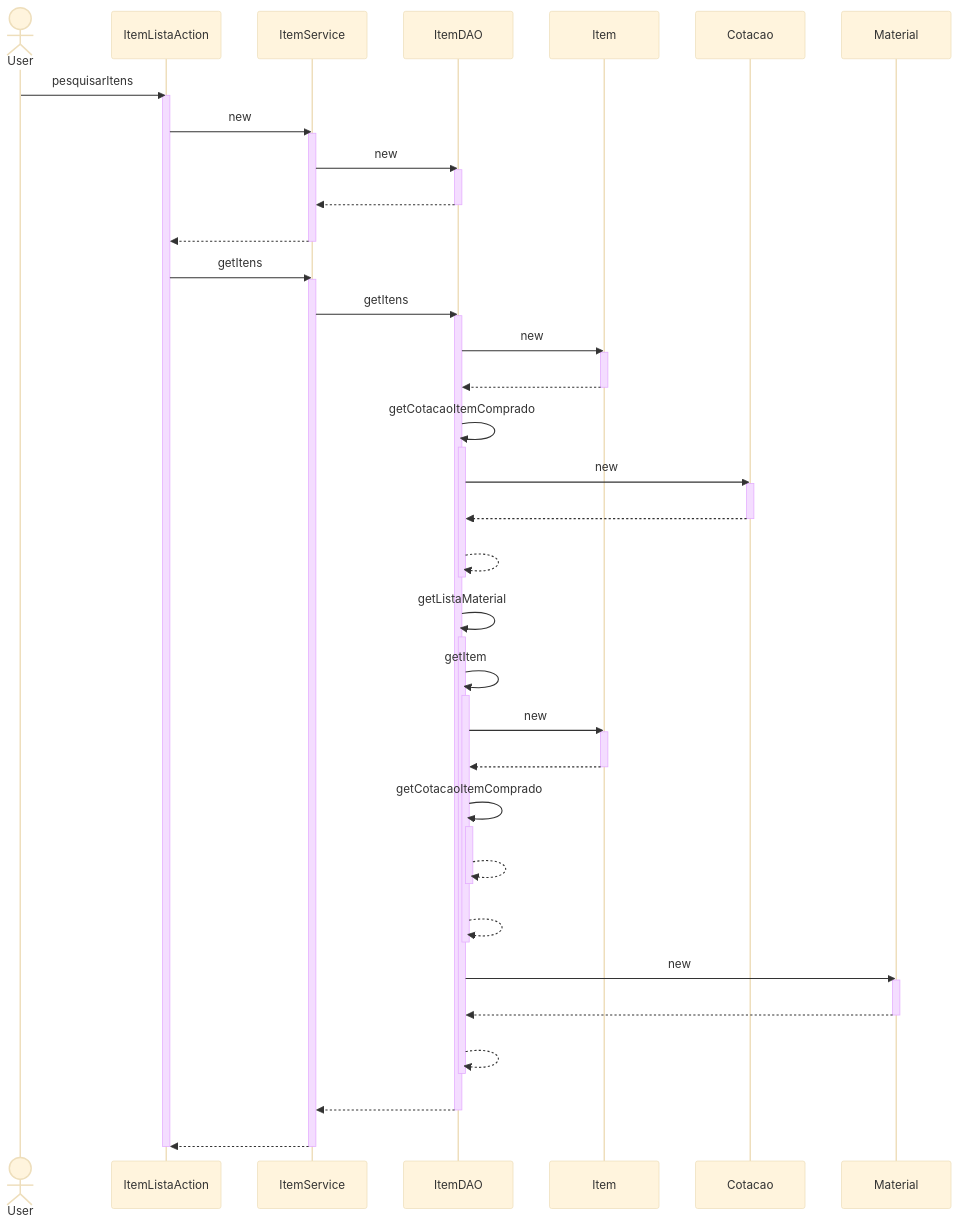
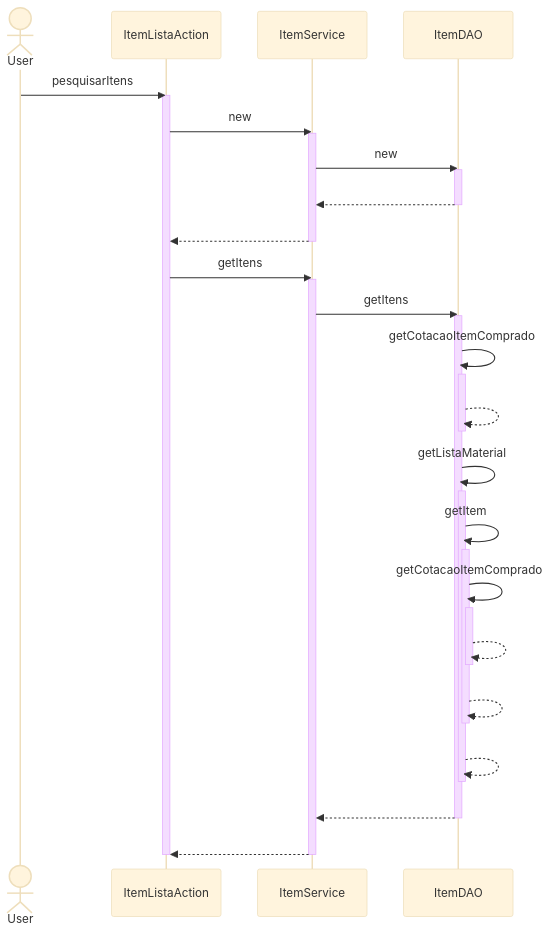
Before and after one commit to branqsMRP/SequenceDiagram: the diagram in DiagramaSequencia/Novo Diagrama Sequencia/Item/Pesquisar Itens.mmd, drawn with Mermaid (base theme). The commit also changed 6 other files, not shown here.

```diff
--- a/DiagramaSequencia/Novo Diagrama Sequencia/Item/Pesquisar Itens.mmd
+++ b/DiagramaSequencia/Novo Diagrama Sequencia/Item/Pesquisar Itens.mmd
@@ -1,53 +1,37 @@
 sequenceDiagram
 actor User
 User ->> ItemListaAction : pesquisarItens
 activate ItemListaAction
 ItemListaAction ->> ItemService : new
 activate ItemService
 ItemService ->> ItemDAO : new
 activate ItemDAO
 ItemDAO -->> ItemService : #32; 
 deactivate ItemDAO
 ItemService -->> ItemListaAction : #32; 
 deactivate ItemService
 ItemListaAction ->> ItemService : getItens
 activate ItemService
 ItemService ->> ItemDAO : getItens
 activate ItemDAO
-ItemDAO ->> Item : new
-activate Item
-Item -->> ItemDAO : #32; 
-deactivate Item
 ItemDAO ->> ItemDAO : getCotacaoItemComprado
 activate ItemDAO
-ItemDAO ->> Cotacao : new
-activate Cotacao
-Cotacao -->> ItemDAO : #32; 
-deactivate Cotacao
 ItemDAO -->> ItemDAO : #32; 
 deactivate ItemDAO
 ItemDAO ->> ItemDAO : getListaMaterial
 activate ItemDAO
 ItemDAO ->> ItemDAO : getItem
 activate ItemDAO
-ItemDAO ->> Item : new
-activate Item
-Item -->> ItemDAO : #32; 
-deactivate Item
 ItemDAO ->> ItemDAO : getCotacaoItemComprado
 activate ItemDAO
 ItemDAO -->> ItemDAO : #32; 
 deactivate ItemDAO
 ItemDAO -->> ItemDAO : #32; 
 deactivate ItemDAO
-ItemDAO ->> Material : new
-activate Material
-Material -->> ItemDAO : #32; 
-deactivate Material
 ItemDAO -->> ItemDAO : #32; 
 deactivate ItemDAO
 ItemDAO -->> ItemService : #32; 
 deactivate ItemDAO
 ItemService -->> ItemListaAction : #32; 
 deactivate ItemService
 deactivate ItemListaAction
```
